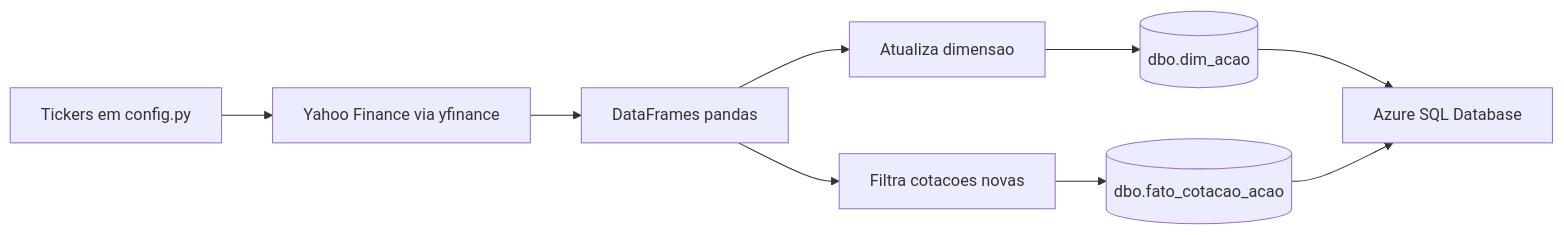
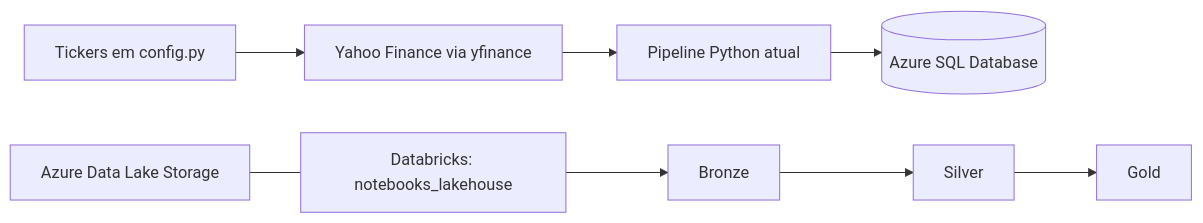
One commit to diegosilvadef/b3-lakehouse-project changed the diagram in README.md. Above: the diagram before and after it, drawn with Mermaid. The commit also changed other lines of this file and 1 other file, not shown here.

Commit message:
fix: Atualiza o readme com os notebooks do Lakehouse

````diff
--- a/README.md
+++ b/README.md
@@ -7,11 +7,10 @@
 ```mermaid
 flowchart LR
     A[Tickers em config.py] --> B[Yahoo Finance via yfinance]
-    B --> C[DataFrames pandas]
-    C --> D[Atualiza dimensao]
-    C --> E[Filtra cotacoes novas]
-    D --> F[(dbo.dim_acao)]
-    E --> G[(dbo.fato_cotacao_acao)]
-    F --> H[Azure SQL Database]
-    G --> H
+    B --> C[Pipeline Python atual]
+    C --> D[(Azure SQL Database)]
+    E[Databricks: notebooks_lakehouse] --> F[Bronze]
+    F --> G[Silver]
+    G --> H[Gold]
+    I[Azure Data Lake Storage] --- E
 ```
````
